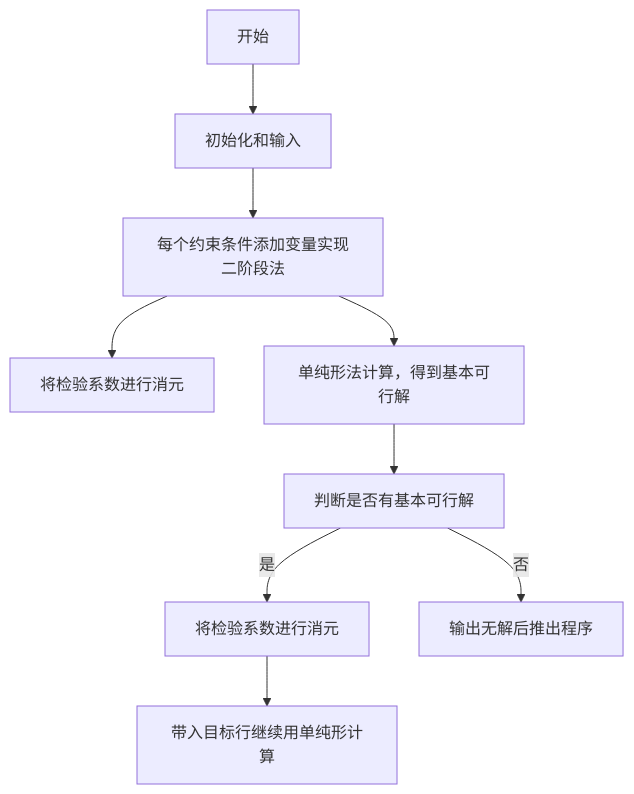
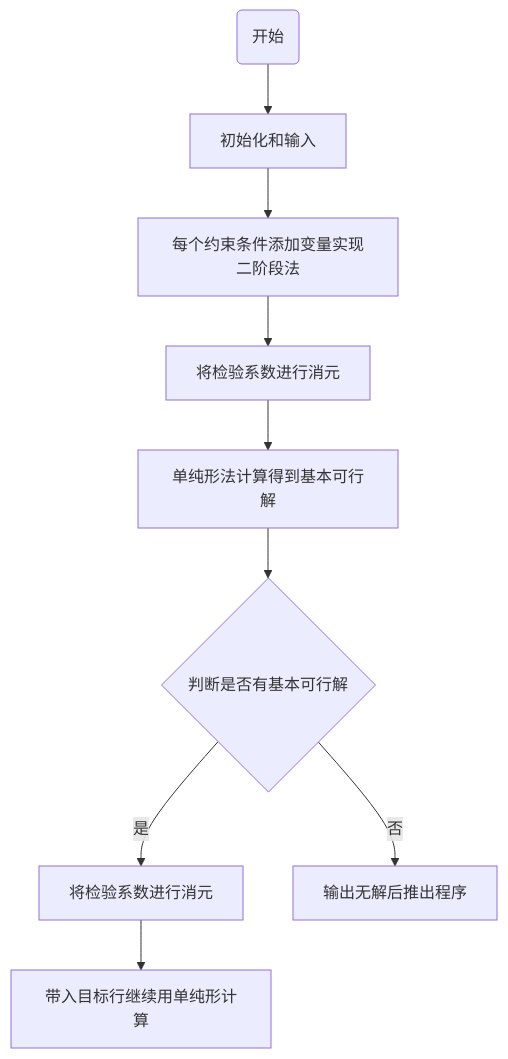
One commit to SxyLimit/Simplex changed the first of 2 diagrams in README.md. Above: the diagram before and after it, drawn with Mermaid. The commit also changed other lines of this file, not shown here.

````diff
--- a/README.md
+++ b/README.md
@@ -5,11 +5,11 @@
 ```mermaid
-graph TD
-	A[开始] --> B[初始化和输入]
+flowchart TD
+	A(开始) --> B[初始化和输入]
 	B --> C[每个约束条件添加变量实现二阶段法]
 	C --> H[将检验系数进行消元]
-	C --> D[单纯形法计算，得到基本可行解]
-	D --> E[判断是否有基本可行解]
-	E -- 是 --> I[将检验系数进行消元]
+	H --> D[单纯形法计算得到基本可行解]
+	D --> E{判断是否有基本可行解}
+	E -->|是| I[将检验系数进行消元]
 	I --> F[带入目标行继续用单纯形计算]
-	E -- 否 --> G[输出无解后推出程序]
+	E -->|否| G[输出无解后推出程序]
 ```
````
